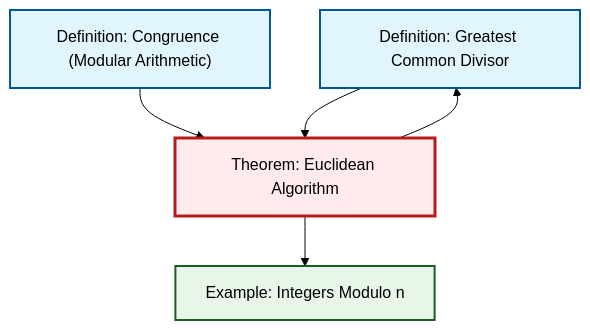
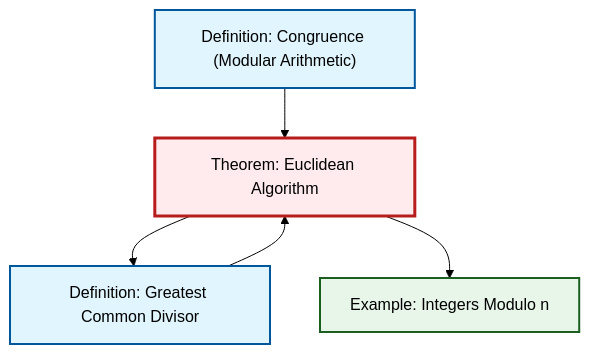
The second of 2 diagrams in content/en/number-theory/thm-euclidean-algorithm.qmd (RK0429/ModernMath), drawn with Mermaid (forest theme) before and after one commit. The commit also changed other lines of this file and 434 other files, not shown here.

````diff
--- a/content/en/number-theory/thm-euclidean-algorithm.qmd
+++ b/content/en/number-theory/thm-euclidean-algorithm.qmd
@@ -94,21 +94,21 @@
 ```{mermaid}
 %%| fig-cap: "Local dependency graph"
 graph TD
     classDef definition fill:#e1f5fe,stroke:#01579b,stroke-width:2px
     classDef theorem fill:#f3e5f5,stroke:#4a148c,stroke-width:2px
     classDef axiom fill:#fff3e0,stroke:#e65100,stroke-width:2px
     classDef example fill:#e8f5e9,stroke:#1b5e20,stroke-width:2px
     classDef current fill:#ffebee,stroke:#b71c1c,stroke-width:3px
+    thm-euclidean-algorithm["Theorem: Euclidean Algorithm"]:::theorem
+    def-congruence["Definition: Congruence (Modular Arithmetic)"]:::definition
+    ex-quotient-integers-mod-n["Example: Integers Modulo n"]:::example
     def-gcd["Definition: Greatest Common Divisor"]:::definition
-    ex-quotient-integers-mod-n["Example: Integers Modulo n"]:::example
-    def-congruence["Definition: Congruence (Modular Arithmetic)"]:::definition
-    thm-euclidean-algorithm["Theorem: Euclidean Algorithm"]:::theorem
     thm-euclidean-algorithm --> def-gcd
+    thm-euclidean-algorithm --> ex-quotient-integers-mod-n
     def-congruence --> thm-euclidean-algorithm
-    thm-euclidean-algorithm --> ex-quotient-integers-mod-n
     def-gcd --> thm-euclidean-algorithm
     class thm-euclidean-algorithm current
+    click def-congruence "def-congruence.html" "Go to Congruence (Modular Arithmetic) definition"
+    click ex-quotient-integers-mod-n "ex-quotient-integers-mod-n.html" "Go to Integers Modulo n example"
     click def-gcd "def-gcd.html" "Go to Greatest Common Divisor definition"
-    click ex-quotient-integers-mod-n "ex-quotient-integers-mod-n.html" "Go to Integers Modulo n example"
-    click def-congruence "def-congruence.html" "Go to Congruence (Modular Arithmetic) definition"
 ```
````
